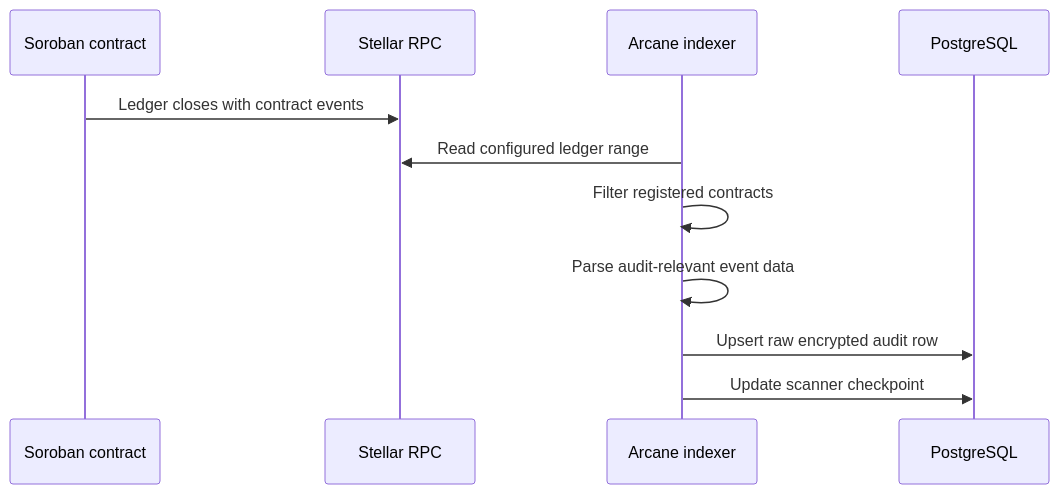
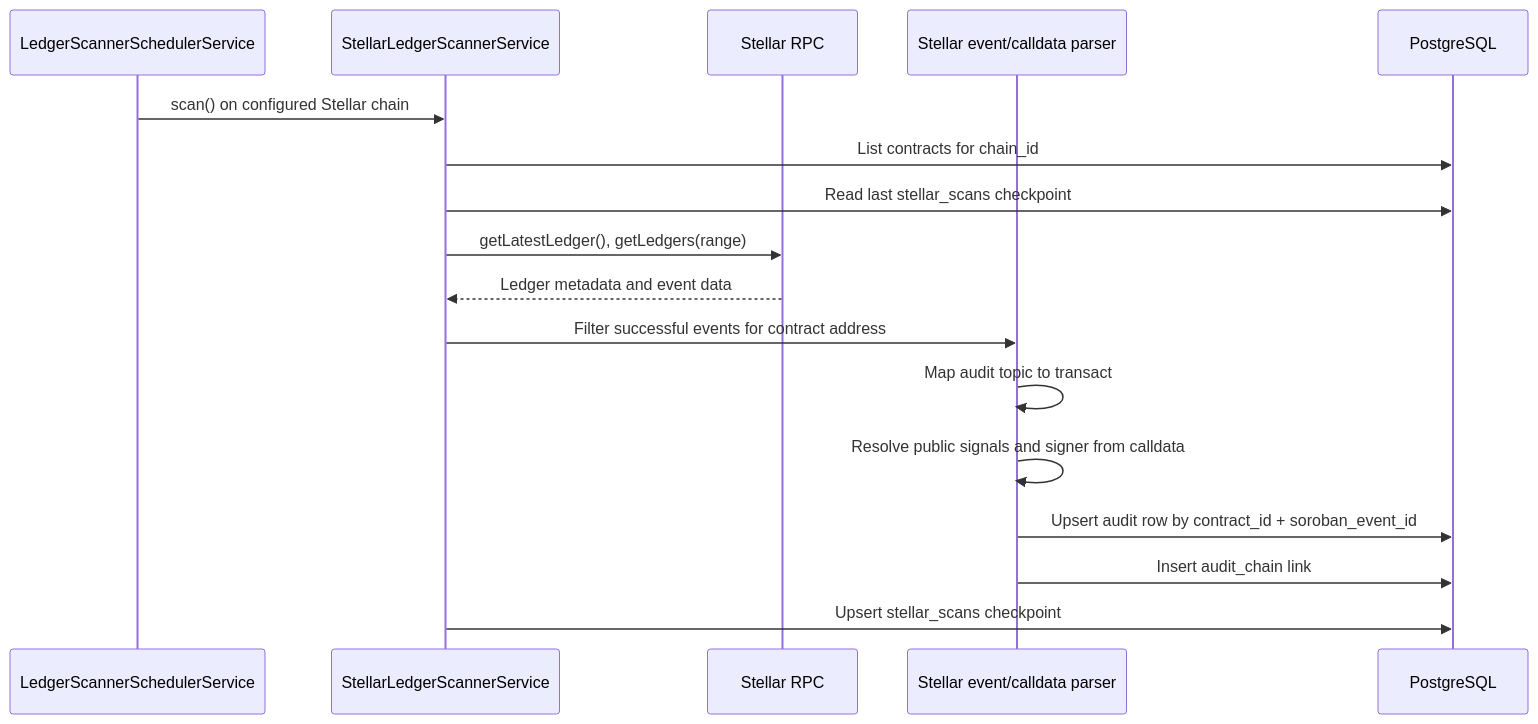
One commit to Polynom-Labs/arcane-compliance-docs changed the second of 6 diagrams in architecture/data-and-access-flows.mdx. Above: the diagram before and after it, drawn with Mermaid. The commit also changed other lines of this file and 10 other files, not shown here.

Commit message:
Ground architecture docs in implementation

````diff
--- a/architecture/data-and-access-flows.mdx
+++ b/architecture/data-and-access-flows.mdx
@@ -28,14 +46,20 @@
 ```mermaid
 sequenceDiagram
-  participant C as Soroban contract
-  participant R as Stellar RPC
-  participant I as Arcane indexer
+  participant Scheduler as LedgerScannerSchedulerService
+  participant Scanner as StellarLedgerScannerService
+  participant RPC as Stellar RPC
+  participant Parser as Stellar event/calldata parser
   participant DB as PostgreSQL
 
-  C->>R: Ledger closes with contract events
-  I->>R: Read configured ledger range
-  I->>I: Filter registered contracts
-  I->>I: Parse audit-relevant event data
-  I->>DB: Upsert raw encrypted audit row
-  I->>DB: Update scanner checkpoint
+  Scheduler->>Scanner: scan() on configured Stellar chain
+  Scanner->>DB: List contracts for chain_id
+  Scanner->>DB: Read last stellar_scans checkpoint
+  Scanner->>RPC: getLatestLedger(), getLedgers(range)
+  RPC-->>Scanner: Ledger metadata and event data
+  Scanner->>Parser: Filter successful events for contract address
+  Parser->>Parser: Map audit topic to transact
+  Parser->>Parser: Resolve public signals and signer from calldata
+  Parser->>DB: Upsert audit row by contract_id + soroban_event_id
+  Parser->>DB: Insert audit_chain link
+  Scanner->>DB: Upsert stellar_scans checkpoint
 ```
````
